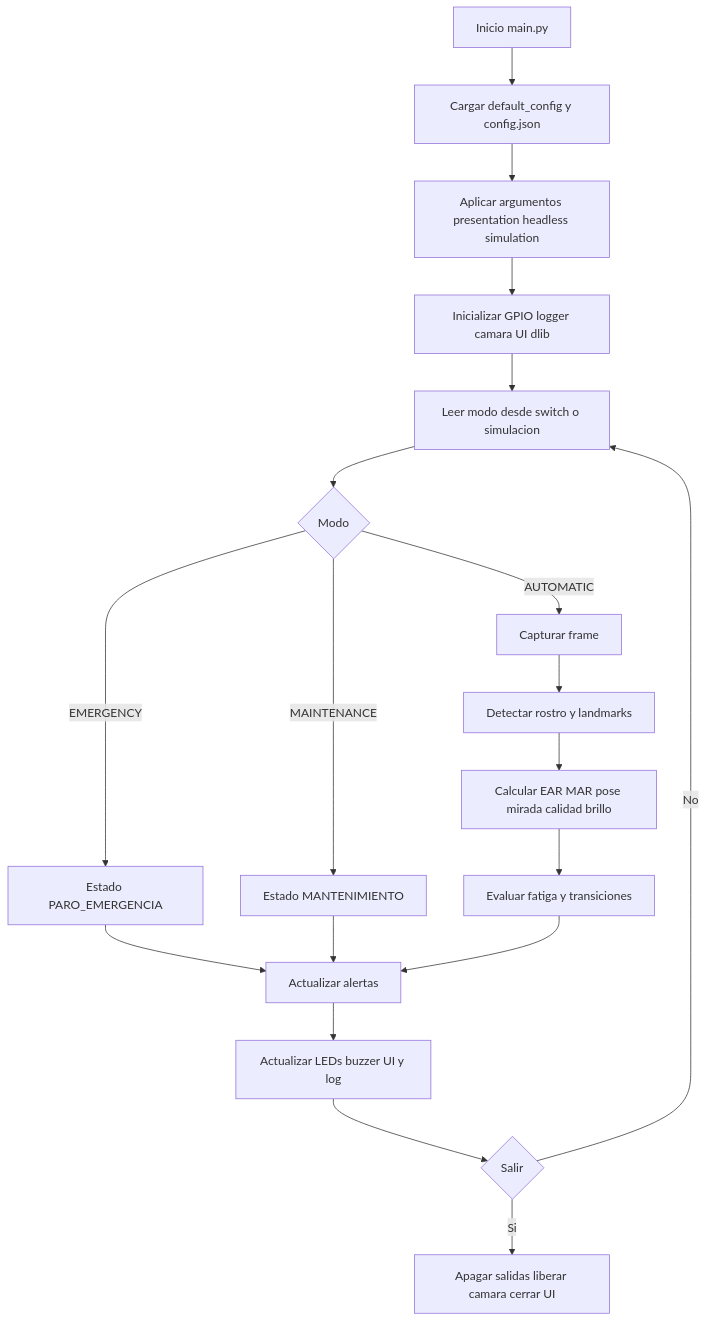
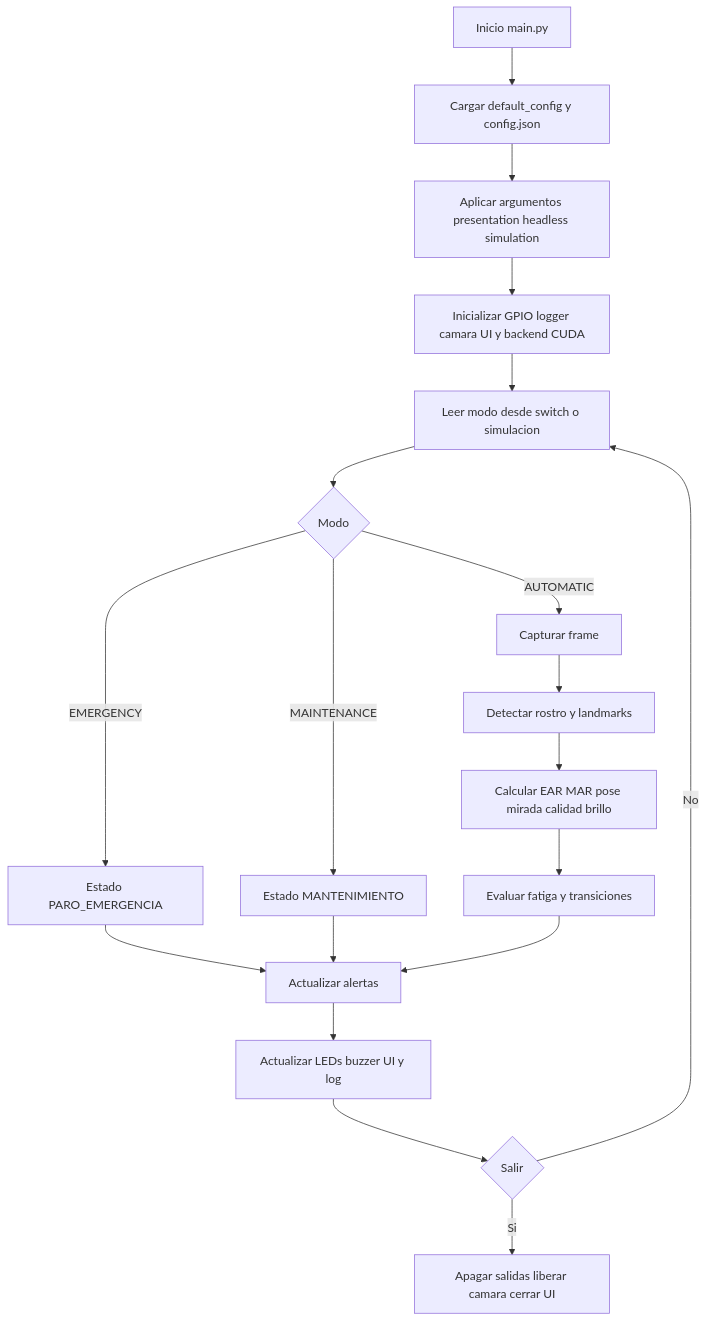
The second of 3 diagrams in DOCUMENTACION_PROYECTO.md (JFRo57/tt2_drowsiness_jetson), drawn with Mermaid before and after one commit. The commit also changed other lines of this file and 12 other files, not shown here.

````diff
--- a/DOCUMENTACION_PROYECTO.md
+++ b/DOCUMENTACION_PROYECTO.md
@@ -71,21 +85,21 @@
 ```mermaid
 flowchart TD
     A[Inicio main.py] --> B[Cargar default_config y config.json]
     B --> C[Aplicar argumentos presentation headless simulation]
-    C --> D[Inicializar GPIO logger camara UI dlib]
+    C --> D[Inicializar GPIO logger camara UI y backend CUDA]
     D --> E[Leer modo desde switch o simulacion]
     E --> F{Modo}
     F -->|EMERGENCY| G[Estado PARO_EMERGENCIA]
     F -->|MAINTENANCE| H[Estado MANTENIMIENTO]
     F -->|AUTOMATIC| I[Capturar frame]
     I --> J[Detectar rostro y landmarks]
     J --> K[Calcular EAR MAR pose mirada calidad brillo]
     K --> L[Evaluar fatiga y transiciones]
     G --> M[Actualizar alertas]
     H --> M
     L --> M
     M --> N[Actualizar LEDs buzzer UI y log]
     N --> O{Salir}
     O -->|No| E
     O -->|Si| P[Apagar salidas liberar camara cerrar UI]
 ```
````
